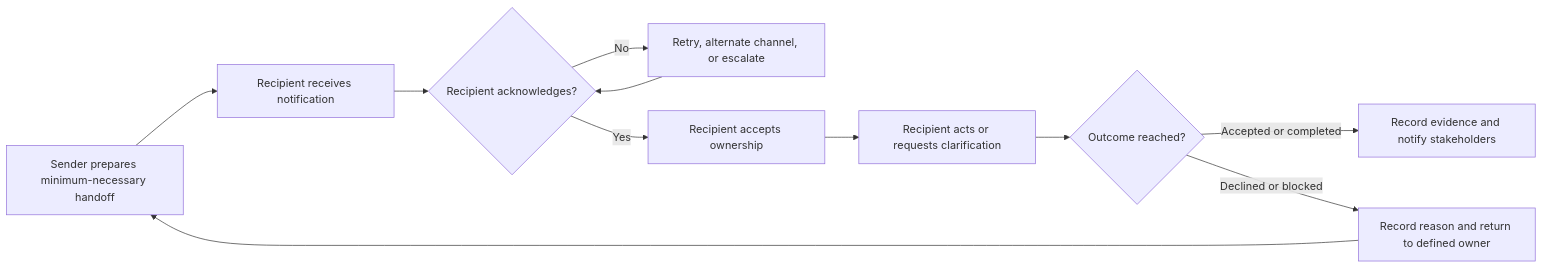
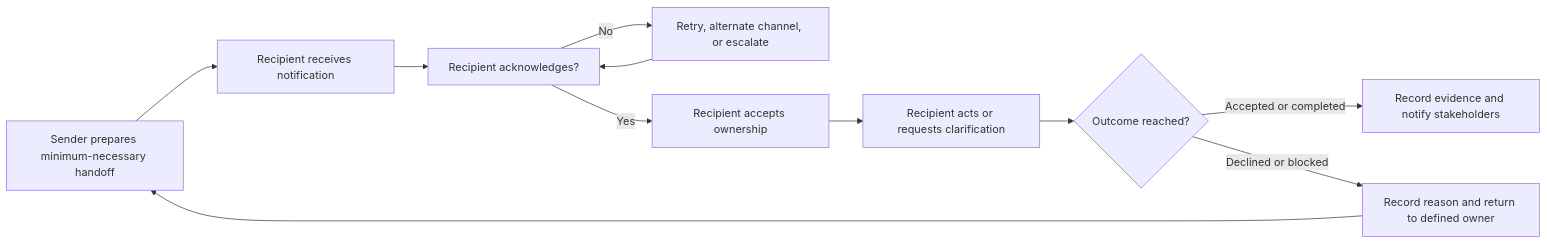
Diagram 21 of 23 in README.md (oigbokwe73/BeaResponseCare), drawn with Mermaid before and after one commit.

Commit message:
Fix Mermaid syntax for recipient acknowledgment flow

````diff
--- a/README.md
+++ b/README.md
@@ -2379,13 +2379,13 @@
 ```mermaid
 flowchart LR
     A["Sender prepares minimum-necessary handoff"] --> B["Recipient receives notification"]
-    B --> C{"Recipient acknowledges?"}
+    B --> C["Recipient acknowledges?"]
     C -- "No" --> D["Retry, alternate channel, or escalate"]
     C -- "Yes" --> E["Recipient accepts ownership"]
     E --> F["Recipient acts or requests clarification"]
     F --> G{"Outcome reached?"}
     G -- "Accepted or completed" --> H["Record evidence and notify stakeholders"]
     G -- "Declined or blocked" --> I["Record reason and return to defined owner"]
     D --> C
     I --> A
 ```
````
